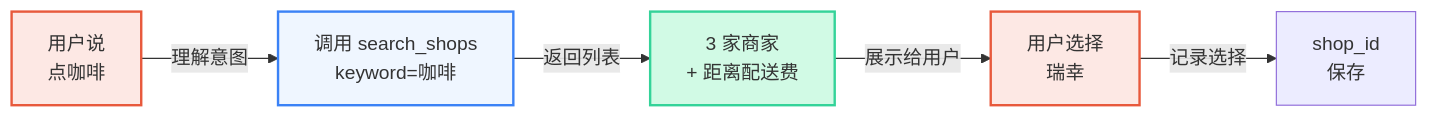
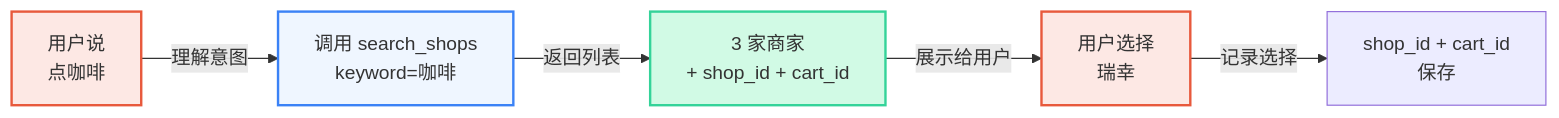
Before and after one commit to clawdot/docs: the first of 3 diagrams in super-agent/food-delivery.mdx, drawn with Mermaid. The commit also changed other lines of this file and 20 other files, not shown here.

````diff
--- a/super-agent/food-delivery.mdx
+++ b/super-agent/food-delivery.mdx
@@ -162,12 +181,12 @@
 ```mermaid
 graph LR
   A["用户说<br/>点咖啡"] -->|理解意图| B["调用 search_shops<br/>keyword=咖啡"]
-  B -->|返回列表| C["3 家商家<br/>+ 距离配送费"]
+  B -->|返回列表| C["3 家商家<br/>+ shop_id + cart_id"]
   C -->|展示给用户| D["用户选择<br/>瑞幸"]
-  D -->|记录选择| E["shop_id<br/>保存"]
+  D -->|记录选择| E["shop_id + cart_id<br/>保存"]
 
   style B fill:#EFF6FF,stroke:#3B82F6,stroke-width:2px
   style A fill:#fde8e4,stroke:#E8593C,stroke-width:2px
   style C fill:#D1FAE5,stroke:#34D399,stroke-width:2px
   style D fill:#fde8e4,stroke:#E8593C,stroke-width:2px
 ```
````
